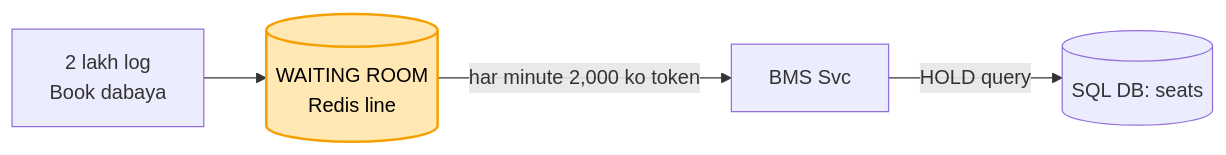
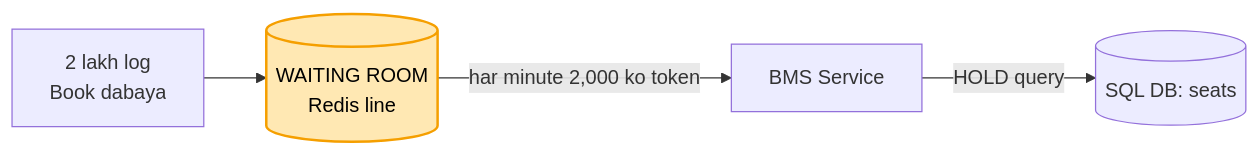
One commit to ArpanMaheshwari144/Prep changed the fourth of 5 diagrams in 04_HLD/SYSTEM_DESIGNS/09_bookmyshow/09_bookmyshow.md. Above: the diagram before and after it, drawn with Mermaid. The commit also changed other lines of this file and 8 other files, not shown here.

````diff
--- a/04_HLD/SYSTEM_DESIGNS/09_bookmyshow/09_bookmyshow.md
+++ b/04_HLD/SYSTEM_DESIGNS/09_bookmyshow/09_bookmyshow.md
@@ -199,7 +199,7 @@
 ```mermaid
 flowchart LR
     B["2 lakh log<br/>Book dabaya"] --> W[("WAITING ROOM<br/>Redis line")]
-    W -- "har minute 2,000 ko token" --> S["BMS Svc"]
+    W -- "har minute 2,000 ko token" --> S["BMS Service"]
     S -- "HOLD query" --> D[("SQL DB: seats")]
     style W fill:#ffe8b3,stroke:#f59f00,stroke-width:2px,color:#000
 ```
````
